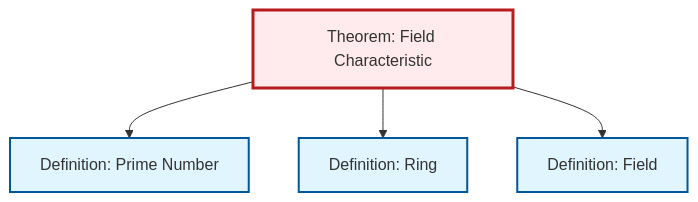
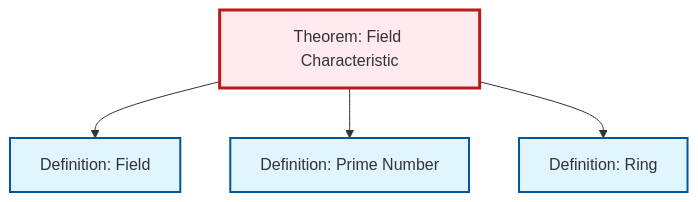
One commit to RK0429/ModernMath changed the diagram in content/en/algebra/thm-field-characteristic.qmd. Above: the diagram before and after it, drawn with Mermaid. The commit also changed other lines of this file and 497 other files, not shown here.

````diff
--- a/content/en/algebra/thm-field-characteristic.qmd
+++ b/content/en/algebra/thm-field-characteristic.qmd
@@ -53,20 +53,20 @@
 ```{mermaid}
 %%| fig-cap: "Local dependency graph"
 graph TD
     classDef definition fill:#e1f5fe,stroke:#01579b,stroke-width:2px
     classDef theorem fill:#f3e5f5,stroke:#4a148c,stroke-width:2px
     classDef axiom fill:#fff3e0,stroke:#e65100,stroke-width:2px
     classDef example fill:#e8f5e9,stroke:#1b5e20,stroke-width:2px
     classDef current fill:#ffebee,stroke:#b71c1c,stroke-width:3px
-    def-ring["Definition: Ring"]:::definition
     def-prime["Definition: Prime Number"]:::definition
     def-field["Definition: Field"]:::definition
+    def-ring["Definition: Ring"]:::definition
     thm-field-characteristic["Theorem: Field Characteristic"]:::theorem
+    thm-field-characteristic --> def-field
     thm-field-characteristic --> def-prime
     thm-field-characteristic --> def-ring
-    thm-field-characteristic --> def-field
     class thm-field-characteristic current
-    click def-ring "def-ring.html" "Go to Ring definition"
     click def-prime "def-prime.html" "Go to Prime Number definition"
     click def-field "def-field.html" "Go to Field definition"
+    click def-ring "def-ring.html" "Go to Ring definition"
 ```
````
